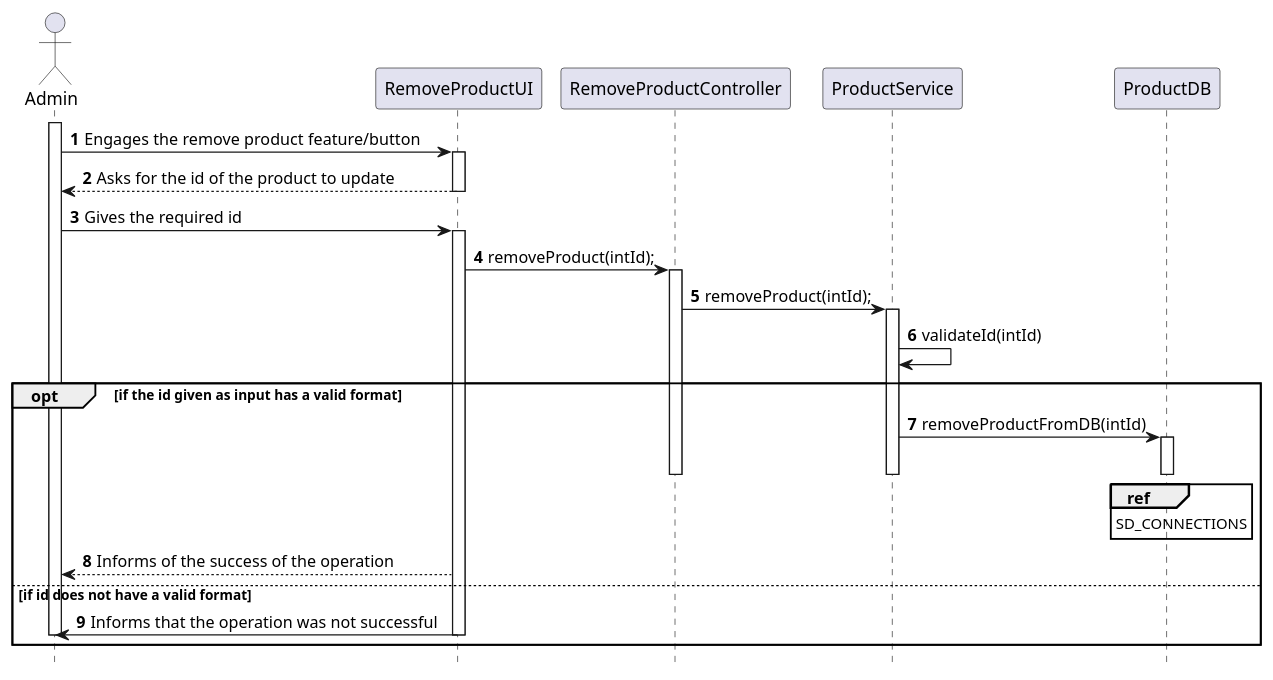
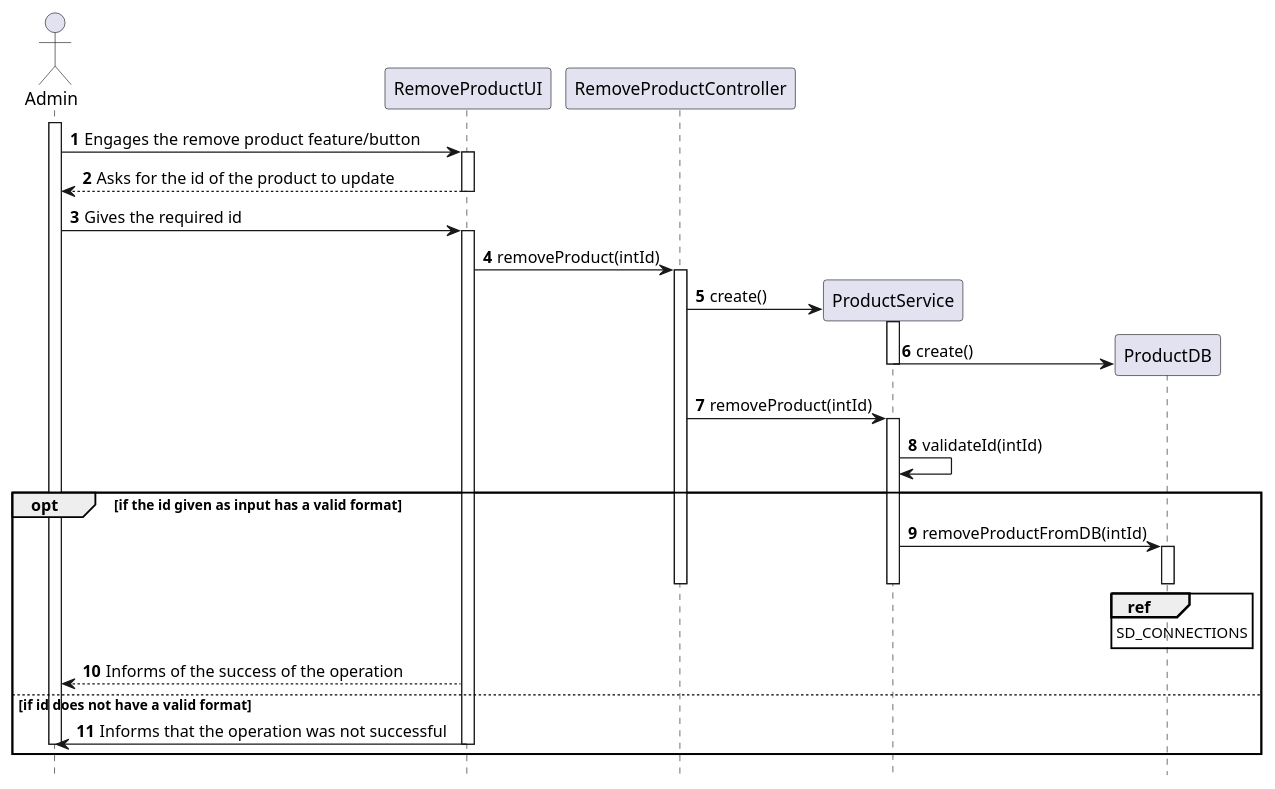
The diagram in docs/Iteration 2/Product Management/Refinement/US72_RemoveProduct/US72_SD.puml (tiagoavcosta25/LAPR3), drawn with PlantUML before and after one commit. The commit also changed 9 other files, not shown here.

```diff
--- a/docs/Iteration 2/Product Management/Refinement/US72_RemoveProduct/US72_SD.puml
+++ b/docs/Iteration 2/Product Management/Refinement/US72_RemoveProduct/US72_SD.puml
@@ -1,41 +1,45 @@
 @startuml
 autonumber
 hide footbox
 
 actor "Admin" as U
 
 participant "RemoveProductUI" as UI
 participant "RemoveProductController" as CTRL
 participant "ProductService" as SER
 participant "ProductDB" as DB
 
 activate U
 U -> UI : Engages the remove product feature/button
 activate UI
 UI --> U : Asks for the id of the product to update
 deactivate UI
 U -> UI : Gives the required id
 activate UI
-UI -> CTRL : removeProduct(intId);
+UI -> CTRL : removeProduct(intId)
 activate CTRL
-CTRL -> SER : removeProduct(intId);
+CTRL -> SER** : create()
+activate SER
+SER -> DB** : create()
+deactivate SER
+CTRL -> SER : removeProduct(intId)
 activate SER
 SER -> SER : validateId(intId)
 opt if the id given as input has a valid format
 SER -> DB : removeProductFromDB(intId)
 activate DB
 deactivate DB
 ref over DB
 SD_CONNECTIONS
 end ref
 deactivate SER
 deactivate CTRL
 deactivate CTRL
 UI --> U : Informs of the success of the operation
 else if id does not have a valid format
 UI -> U : Informs that the operation was not successful
 deactivate UI
 deactivate U
 end opt
 
 @enduml
```
